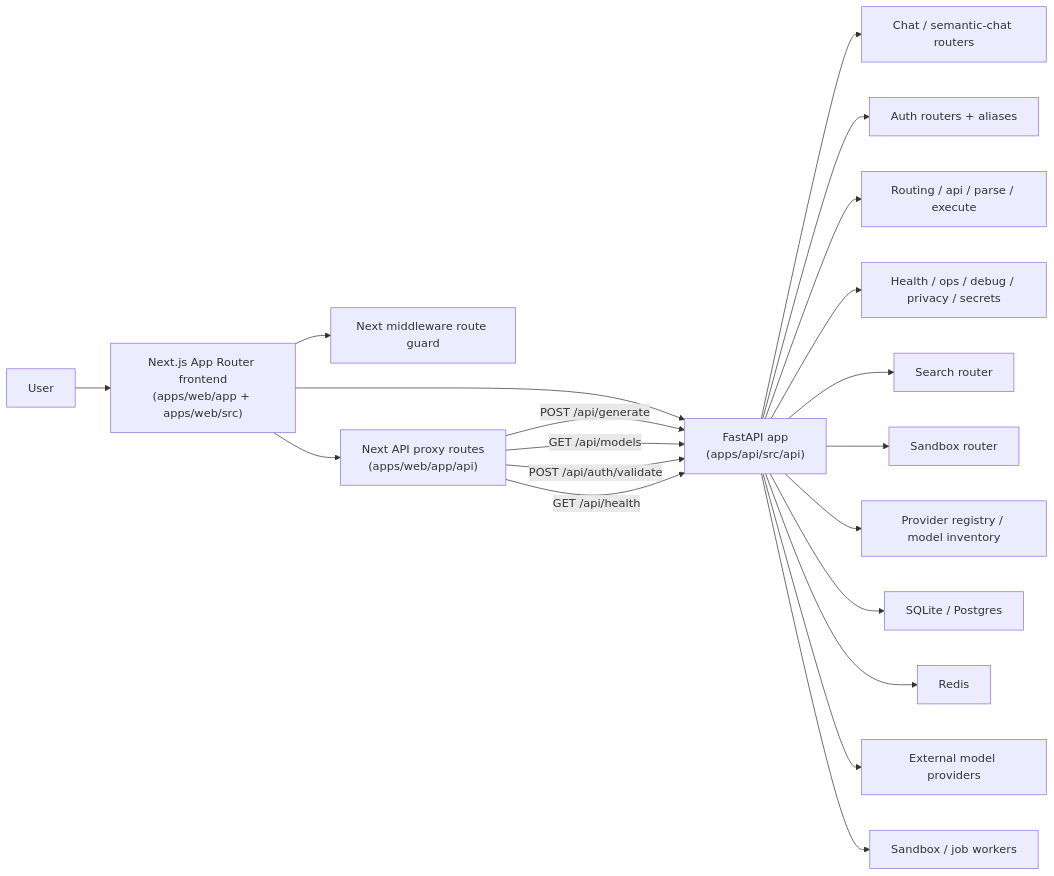
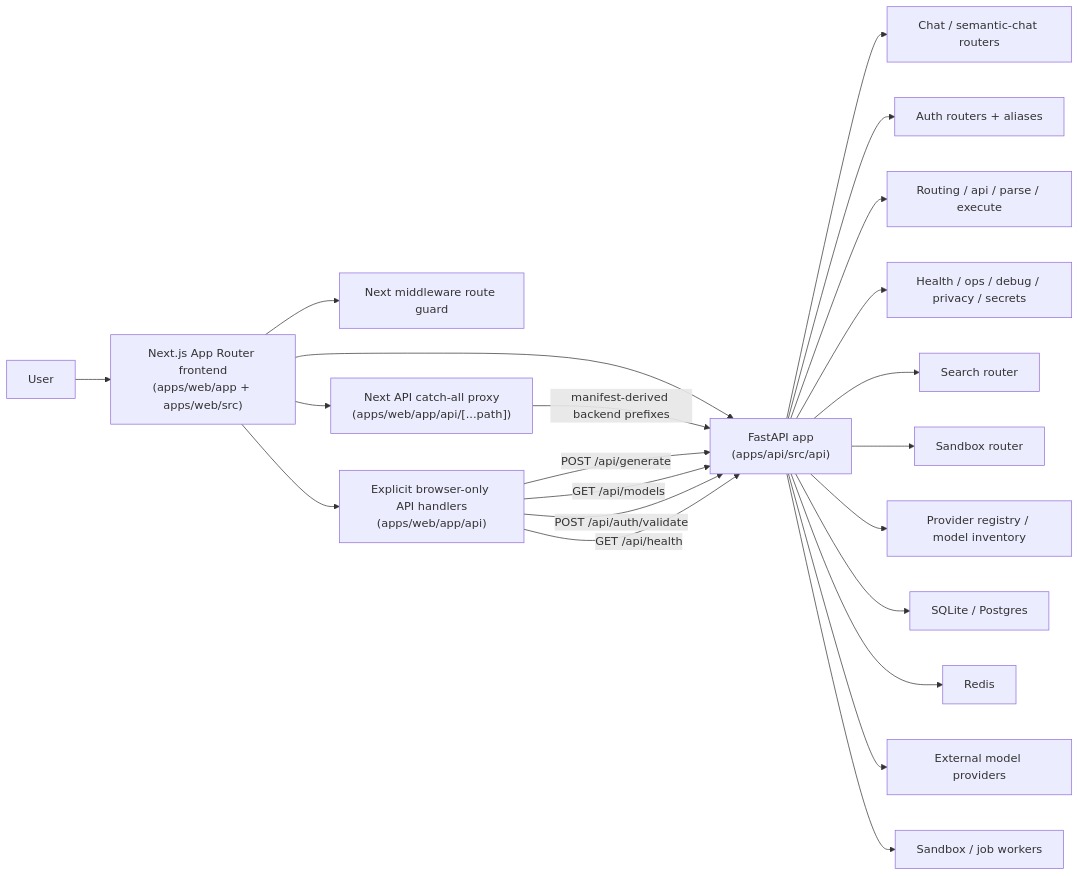
One commit to fuaadabdullah/goblin-assistant changed the diagram in docs/architecture/ARCHITECTURE_OVERVIEW.md. Above: the diagram before and after it, drawn with Mermaid. The commit also changed other lines of this file and 57 other files, not shown here.

````diff
--- a/docs/architecture/ARCHITECTURE_OVERVIEW.md
+++ b/docs/architecture/ARCHITECTURE_OVERVIEW.md
@@ -20,26 +21,28 @@
 ```mermaid
 graph LR
   U["User"] --> FE["Next.js App Router frontend<br/>(apps/web/app + apps/web/src)"]
 
   FE --> MW["Next middleware route guard"]
-  FE --> NAPI["Next API proxy routes<br/>(apps/web/app/api)"]
+  FE --> NAPI["Next API catch-all proxy<br/>(apps/web/app/api/[...path])"]
+  FE --> EAPI["Explicit browser-only API handlers<br/>(apps/web/app/api)"]
   FE --> API["FastAPI app<br/>(apps/api/src/api)"]
 
-  NAPI -->|"POST /api/generate"| API
-  NAPI -->|"GET /api/models"| API
-  NAPI -->|"POST /api/auth/validate"| API
-  NAPI -->|"GET /api/health"| API
+  NAPI -->|"manifest-derived backend prefixes"| API
+  EAPI -->|"POST /api/generate"| API
+  EAPI -->|"GET /api/models"| API
+  EAPI -->|"POST /api/auth/validate"| API
+  EAPI -->|"GET /api/health"| API
 
   API --> CHAT["Chat / semantic-chat routers"]
   API --> AUTH["Auth routers + aliases"]
   API --> ROUTING["Routing / api / parse / execute"]
   API --> OPS["Health / ops / debug / privacy / secrets"]
   API --> SEARCH["Search router"]
   API --> SANDBOX["Sandbox router"]
   API --> PROVIDERS["Provider registry / model inventory"]
 
   API --> DB["SQLite / Postgres"]
   API --> REDIS["Redis"]
   API --> PROVIDER_BACKENDS["External model providers"]
   API --> WORKERS["Sandbox / job workers"]
 ```
````
